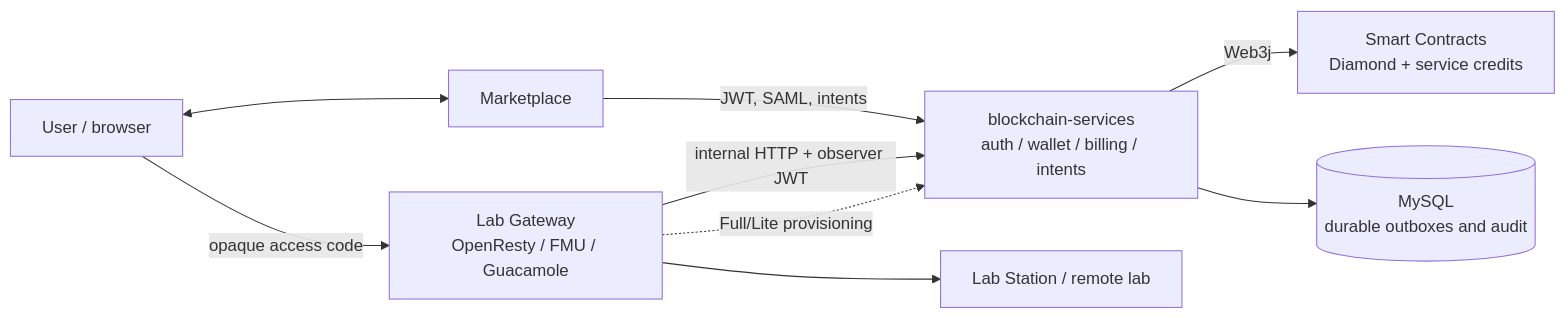
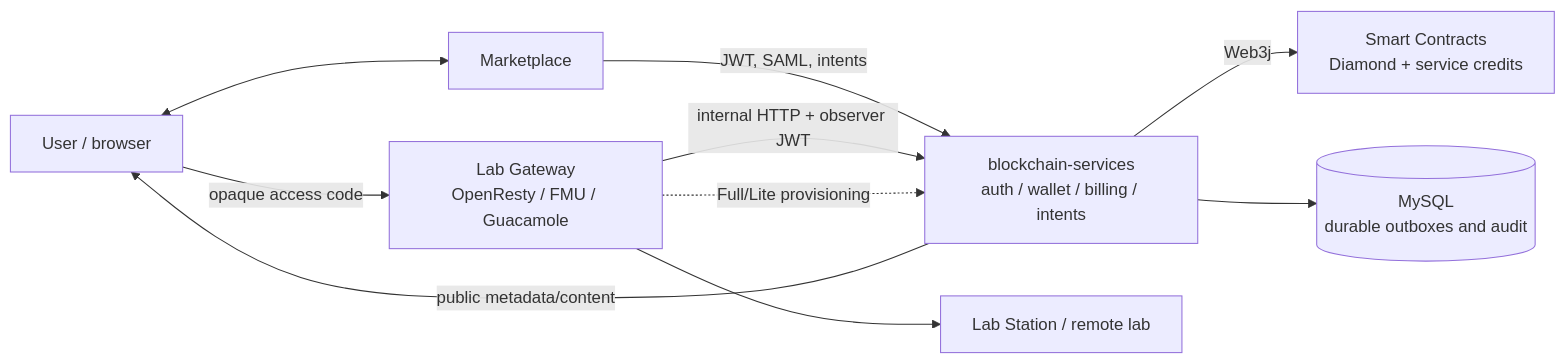
Before and after one commit to DecentraLabsCom/Blockchain-Services: the first of 3 diagrams in docs/architecture/ARCHITECTURE.md, drawn with Mermaid. The commit also changed other lines of this file and 69 other files, not shown here.

````diff
--- a/docs/architecture/ARCHITECTURE.md
+++ b/docs/architecture/ARCHITECTURE.md
@@ -26,19 +30,20 @@
 ```mermaid
 flowchart LR
     User["User / browser"]
     Marketplace["Marketplace"]
     Gateway["Lab Gateway<br/>OpenResty / FMU / Guacamole"]
     Backend["blockchain-services<br/>auth / wallet / billing / intents"]
     Contracts["Smart Contracts<br/>Diamond + service credits"]
     MySQL[("MySQL<br/>durable outboxes and audit")]
     Station["Lab Station / remote lab"]
 
     User <--> Marketplace
     Marketplace -->|JWT, SAML, intents| Backend
     User -->|opaque access code| Gateway
     Gateway -->|internal HTTP + observer JWT| Backend
     Gateway --> Station
     Backend -->|Web3j| Contracts
     Backend --> MySQL
+    Backend -->|public metadata/content| User
     Gateway -.->|Full/Lite provisioning| Backend
 ```
````
